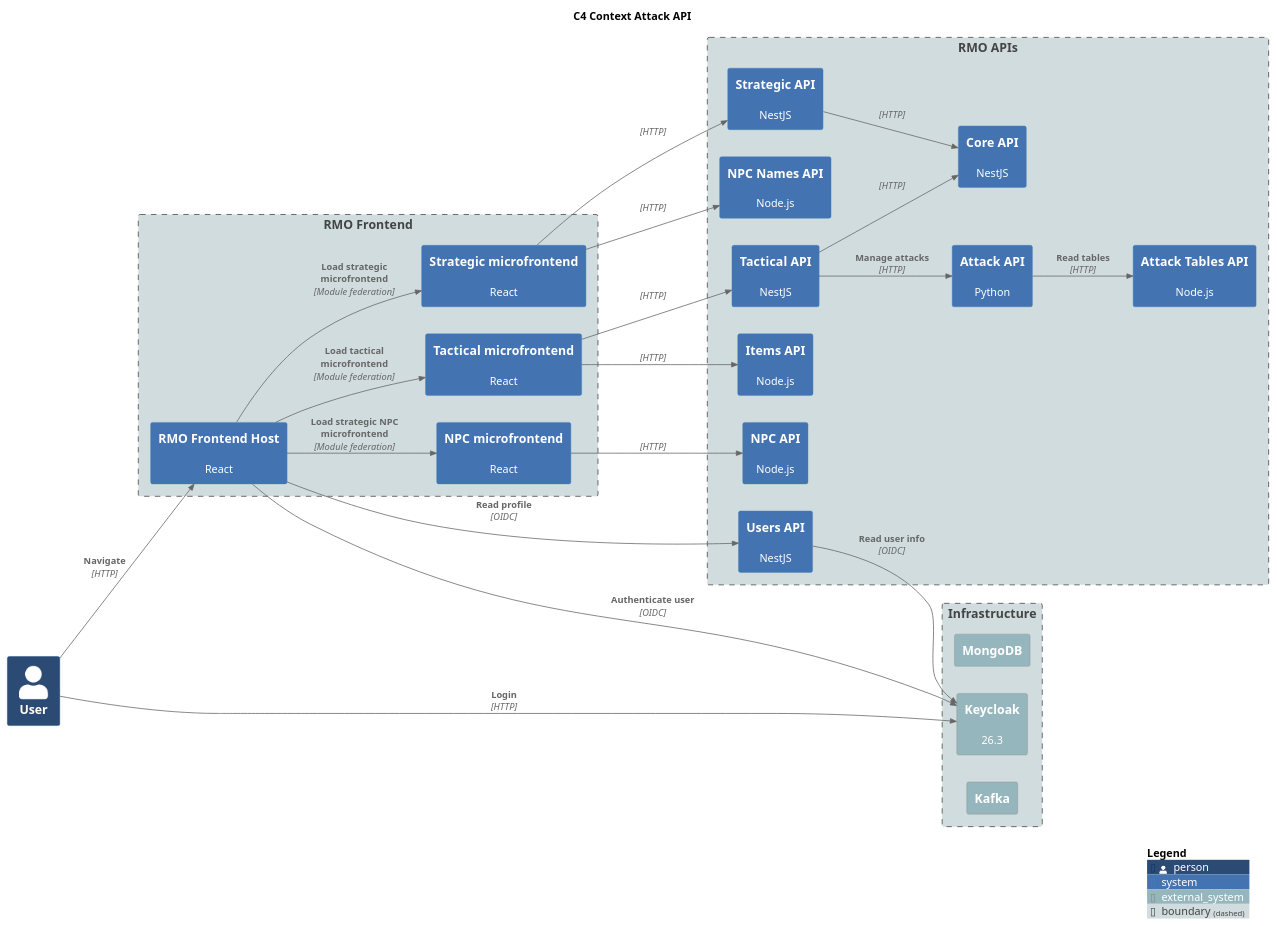
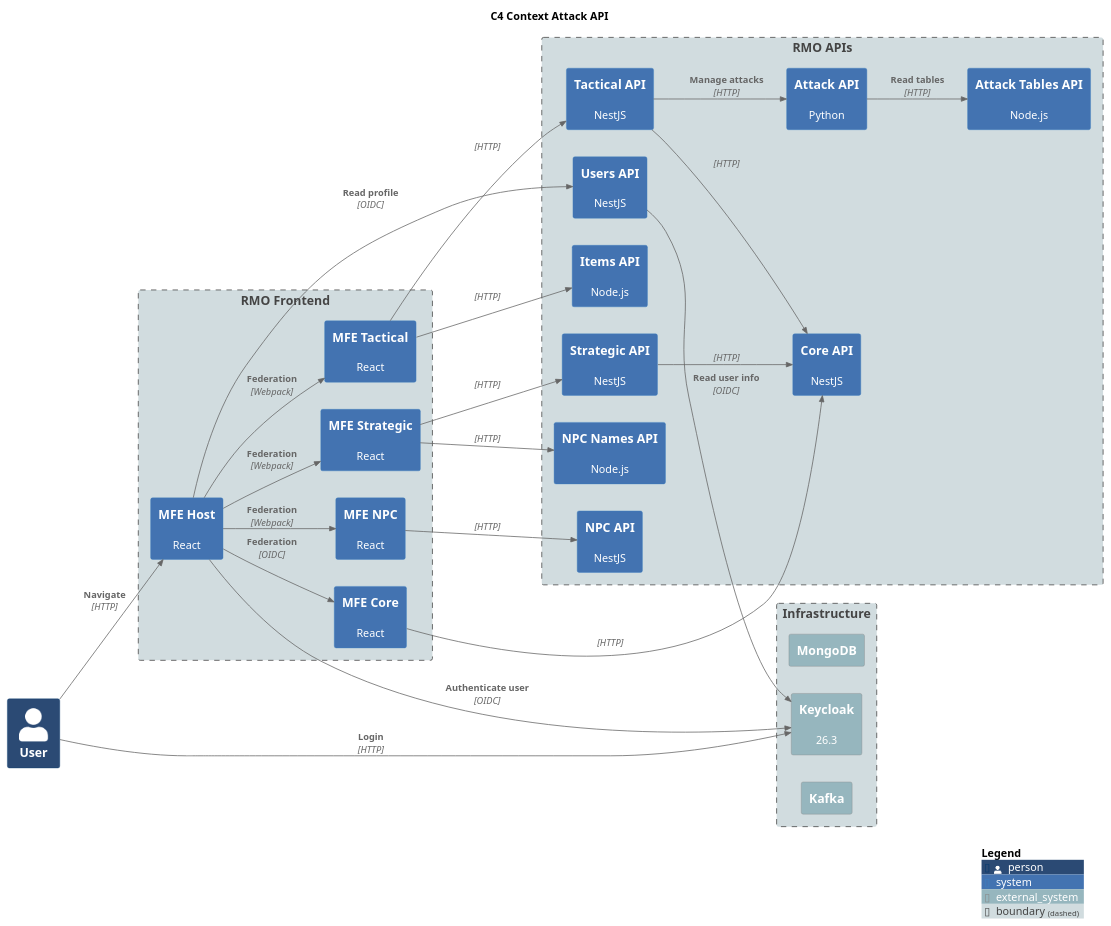
The diagram in diagrams/c4-context.plantuml (labcabrera/rmu-platform), drawn with PlantUML before and after one commit. The commit also changed 1 other file, not shown here.

Commit message:
Updated diagram.

```diff
--- a/diagrams/c4-context.plantuml
+++ b/diagrams/c4-context.plantuml
@@ -1,84 +1,74 @@
 @startuml C4 Context Attack API
 title C4 Context Attack API
 
 !include https://raw.githubusercontent.com/plantuml-stdlib/C4-PlantUML/master/C4_Context.puml
 
 LAYOUT_LEFT_RIGHT()
 
 UpdateElementStyle(person, $bgColor="#2b4a74ff")
 UpdateElementStyle(system, $bgColor="#4373b1ff")
 UpdateElementStyle(external_system, $bgColor="#96b6beff")
 UpdateElementStyle(boundary, $bgColor="#d1dcdfff")
 
 Person(user, "User")
 
 Boundary(frontend, "RMO Frontend") {
-    System(rmu_fe_host, "RMO Frontend Host", "React")
-    System(rmu_fe_strategic, "Strategic microfrontend", "React")
-    System(rmu_fe_tactical, "Tactical microfrontend", "React")
-    System(rmu_fe_npc, "NPC microfrontend", "React")
+    System(rmu_mfe_host, "MFE Host", "React")
+    System(rmu_mfe_core, "MFE Core", "React")
+    System(rmu_mfe_strategic, "MFE Strategic", "React")
+    System(rmu_mfe_tactical, "MFE Tactical", "React")
+    System(rmu_mfe_npc, "MFE NPC", "React")
 }
 
 Boundary(apis, "RMO APIs") {
     System(rmu_api_users, "Users API", "NestJS")
     System(rmu_api_core, "Core API", "NestJS")
     System(rmu_api_strategic, "Strategic API", "NestJS")
     System(rmu_api_tactical, "Tactical API", "NestJS")
-    System(rmu_api_npc, "NPC API", "Node.js")
+    System(rmu_api_npc, "NPC API", "NestJS")
     System(rmu_api_npc_names, "NPC Names API", "Node.js")
     System(rmu_api_attack, "Attack API", "Python")
     System(rmu_api_items, "Items API", "Node.js")
     System(rmu_api_attack_tables, "Attack Tables API", "Node.js")
 }
 
 Boundary(infrastructure, "Infrastructure") {
     System_Ext(mongodb, "MongoDB", "")
     System_Ext(keycloak, "Keycloak", "26.3")
     System_Ext(kafka, "Kafka", "")
 }
 
-Rel(user, rmu_fe_host, "Navigate", "HTTP")
+Rel(user, rmu_mfe_host, "Navigate", "HTTP")
 Rel(user, keycloak, "Login", "HTTP")
 
 ' Frontends
 
-Rel(rmu_fe_host, rmu_fe_strategic, "Load strategic microfrontend", "Module federation")
-Rel(rmu_fe_host, rmu_fe_tactical, "Load tactical microfrontend", "Module federation")
-Rel(rmu_fe_host, rmu_fe_npc, "Load strategic NPC microfrontend", "Module federation")
-Rel(rmu_fe_host, rmu_api_users, "Read profile", "OIDC")
-Rel(rmu_fe_host, keycloak, "Authenticate user", "OIDC")
+Rel(rmu_mfe_host, rmu_mfe_core, "Federation", "OIDC")
+Rel(rmu_mfe_host, rmu_mfe_strategic, "Federation", "Webpack")
+Rel(rmu_mfe_host, rmu_mfe_tactical, "Federation", "Webpack")
+Rel(rmu_mfe_host, rmu_mfe_npc, "Federation", "Webpack")
+Rel(rmu_mfe_host, rmu_api_users, "Read profile", "OIDC")
+Rel(rmu_mfe_host, keycloak, "Authenticate user", "OIDC")
 
-Rel(rmu_fe_strategic, rmu_api_strategic, "", "HTTP")
-Rel(rmu_fe_strategic, rmu_api_npc_names, "", "HTTP")
+Rel(rmu_mfe_core, rmu_api_core, "", "HTTP")
 
+Rel(rmu_mfe_strategic, rmu_api_strategic, "", "HTTP")
+Rel(rmu_mfe_strategic, rmu_api_npc_names, "", "HTTP")
 
-Rel(rmu_fe_tactical, rmu_api_tactical, "", "HTTP")
-' Rel(rmu_fe_tactical, rmu_api_core, "", "HTTP")
-Rel(rmu_fe_tactical, rmu_api_items, "", "HTTP")
+Rel(rmu_mfe_tactical, rmu_api_tactical, "", "HTTP")
+Rel(rmu_mfe_tactical, rmu_api_items, "", "HTTP")
 
 Rel(rmu_api_users, keycloak, "Read user info", "OIDC")
 
-Rel(rmu_fe_npc, rmu_api_npc, "", "HTTP")
-
-' APIs
-
-' Rel(rmu_api_core, mongodb, "", "")
-
-' Rel(rmu_api_strategic, mongodb, "Manage attacks", "HTTP")
+Rel(rmu_mfe_npc, rmu_api_npc, "", "HTTP")
 
 Rel(rmu_api_strategic, rmu_api_core, "", "HTTP")
 
 Rel(rmu_api_tactical, rmu_api_attack, "Manage attacks", "HTTP")
 Rel(rmu_api_tactical, rmu_api_core, "", "HTTP")
-' Rel(rmu_api_attack, mongodb, "Read/Write data", "pymongo")
-
-
-' Rel(rmu_api_npc, mongodb, "", "")
 
 Rel(rmu_api_attack, rmu_api_attack_tables, "Read tables", "HTTP")
-
-
 
 SHOW_LEGEND()
 
 @enduml
```
